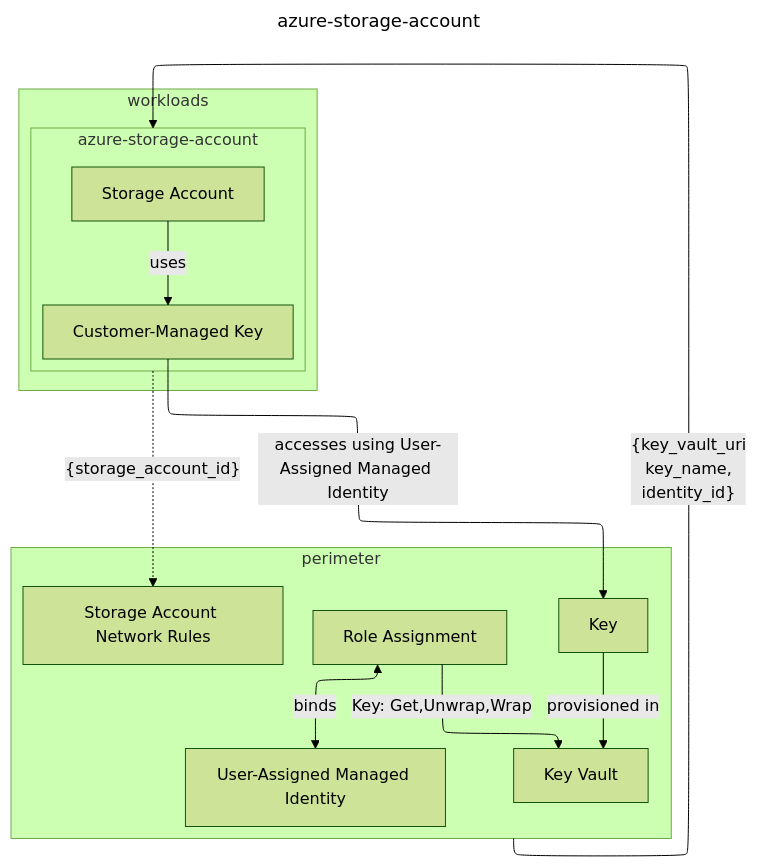
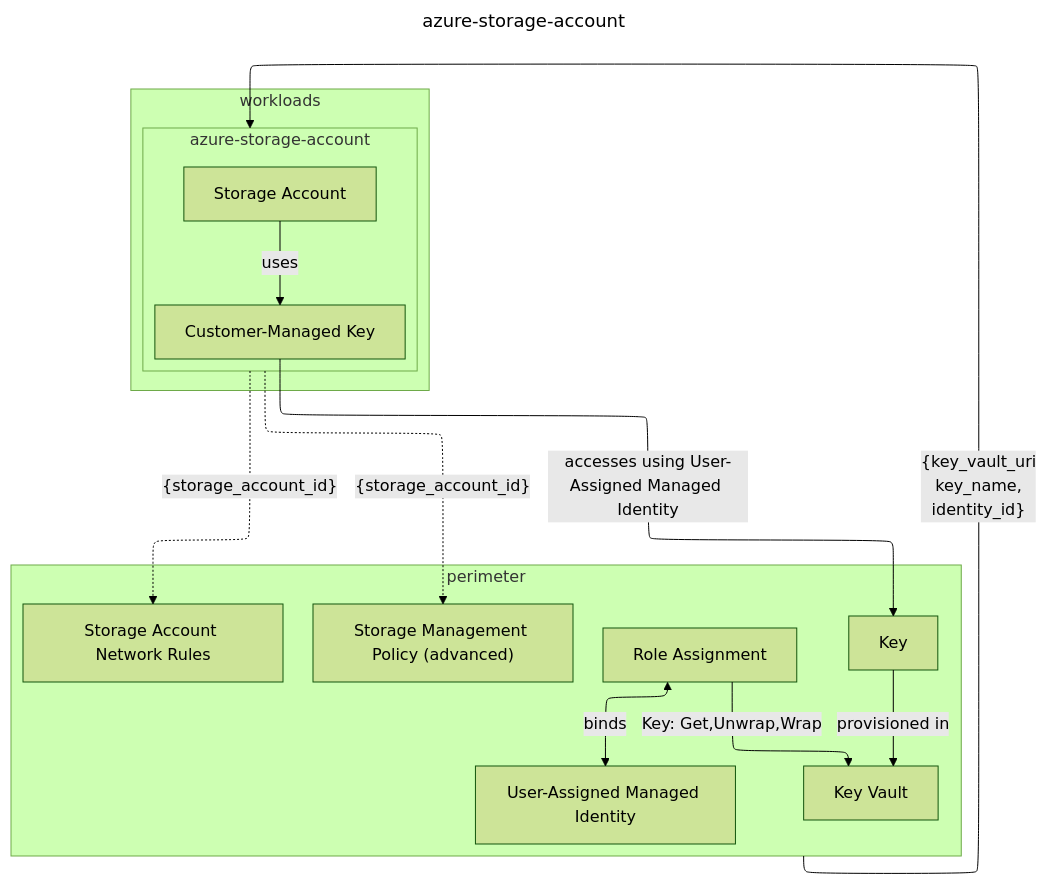
Before and after one commit to Unique-AG/terraform-modules: the diagram in modules/azure-storage-account/README.md, drawn with Mermaid (forest theme). The commit also changed other lines of this file and 4 other files, not shown here.

````diff
--- a/modules/azure-storage-account/README.md
+++ b/modules/azure-storage-account/README.md
@@ -4,25 +4,27 @@
 ```mermaid
 ---
 title: azure-storage-account
 config:
     layout: elk
 ---
 graph TD
     subgraph perimeter
         K[Key] -->|provisioned in| KV[Key Vault]
         RA[Role Assignment] <-->|binds| UAMI[User-Assigned Managed Identity]
         RA -->|"Key: Get,Unwrap,Wrap"| KV
         SANR[Storage Account Network Rules]
+        SMP["Storage Management Policy (advanced)"]
     end
     subgraph workloads
         subgraph module["azure-storage-account"]
             SA[Storage Account]
             CMK[Customer-Managed Key]
             CMK[Customer-Managed Key]
             SA -->|uses| CMK
         end
     end
     module -.->|"{storage_account_id}"| SANR
+    module -.->|"{storage_account_id}"| SMP
     perimeter -->|"{key_vault_uri<br/>key_name,<br/>identity_id}"| module
     CMK -->|accesses using User-Assigned Managed Identity| K
 ```
````
